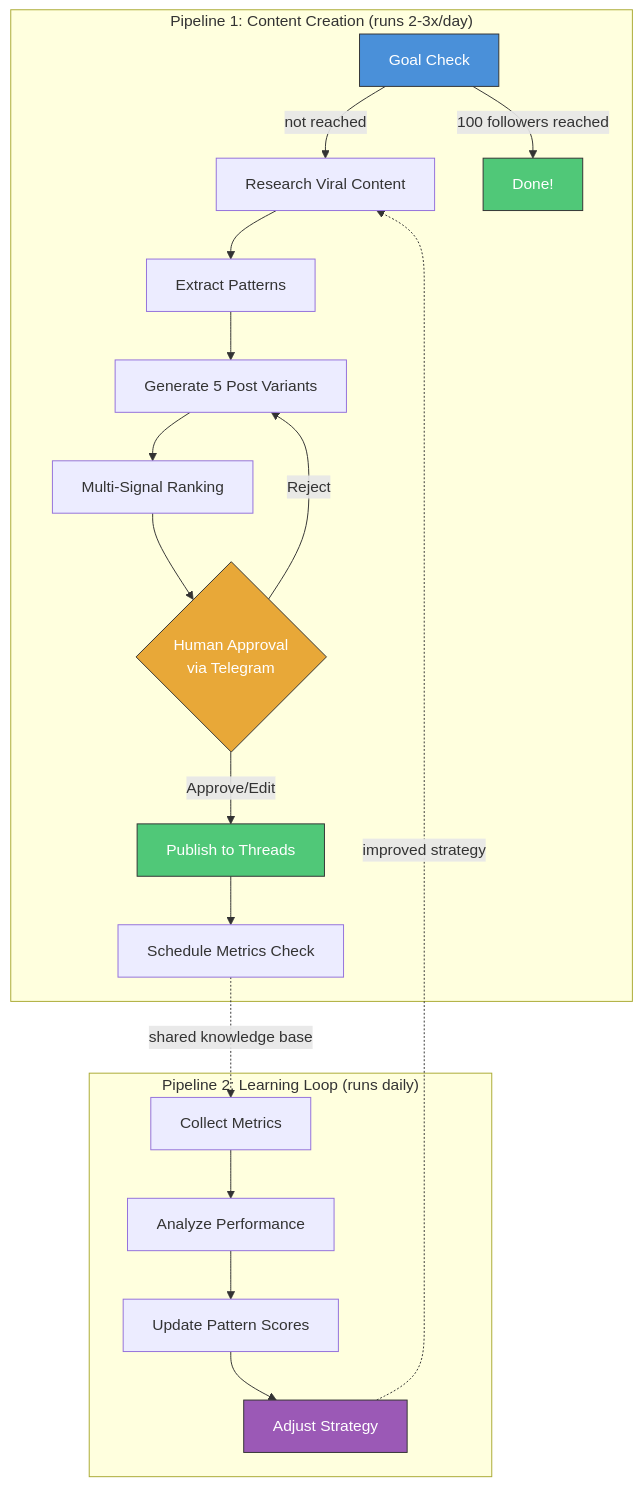
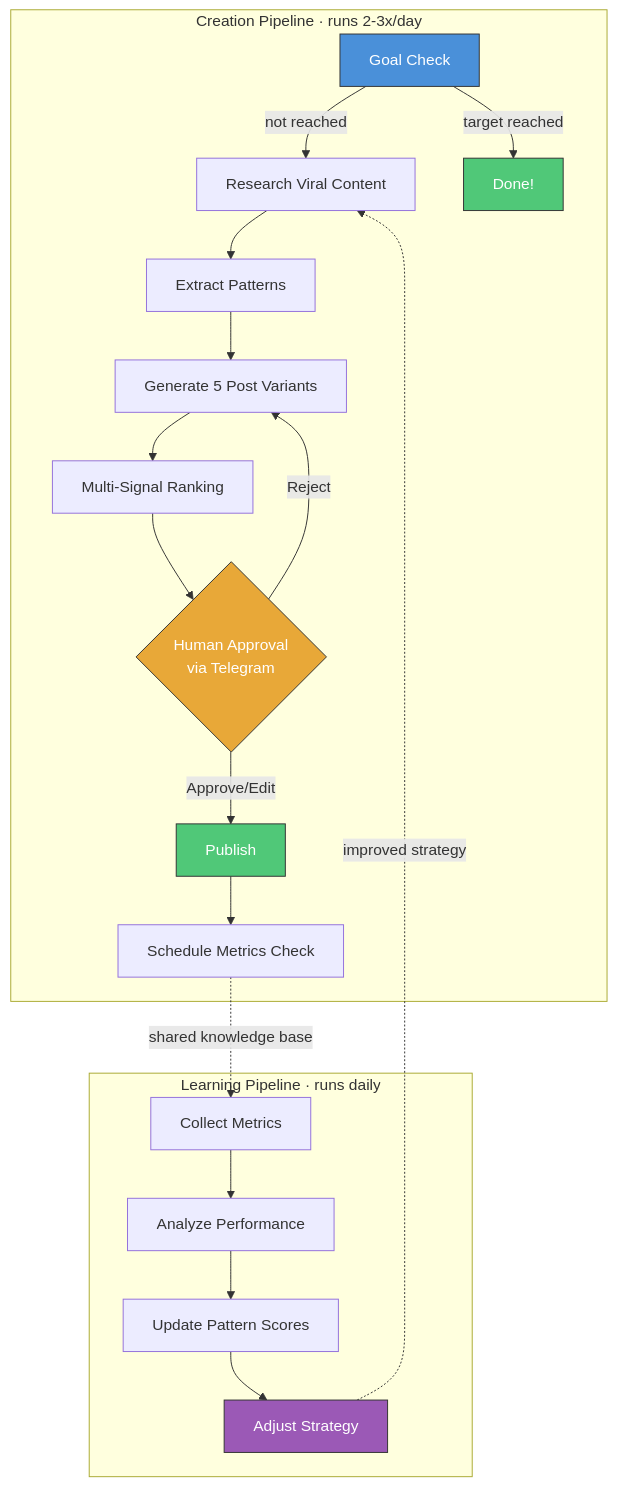
The diagram in README.md (kgarbacinski/AutoViralAI), drawn with Mermaid before and after one commit. The commit also changed other lines of this file and 26 other files, not shown here.

````diff
--- a/README.md
+++ b/README.md
@@ -30,29 +85,29 @@
 ```mermaid
 graph TB
-    subgraph "Pipeline 1: Content Creation (runs 2-3x/day)"
+    subgraph "Creation Pipeline · runs 2-3x/day"
         A[Goal Check] -->|not reached| B[Research Viral Content]
-        A -->|100 followers reached| Z[Done!]
+        A -->|target reached| Z[Done!]
         B --> C[Extract Patterns]
         C --> D[Generate 5 Post Variants]
         D --> E[Multi-Signal Ranking]
         E --> F{Human Approval<br/>via Telegram}
-        F -->|Approve/Edit| G[Publish to Threads]
+        F -->|Approve/Edit| G[Publish]
         F -->|Reject| D
         G --> H[Schedule Metrics Check]
     end
 
-    subgraph "Pipeline 2: Learning Loop (runs daily)"
+    subgraph "Learning Pipeline · runs daily"
         I[Collect Metrics] --> J[Analyze Performance]
         J --> K[Update Pattern Scores]
         K --> L[Adjust Strategy]
     end
 
     H -.->|shared knowledge base| I
     L -.->|improved strategy| B
 
     style A fill:#4A90D9,stroke:#333,color:#fff
     style F fill:#E8A838,stroke:#333,color:#fff
     style G fill:#50C878,stroke:#333,color:#fff
     style L fill:#9B59B6,stroke:#333,color:#fff
     style Z fill:#50C878,stroke:#333,color:#fff
 ```
````
